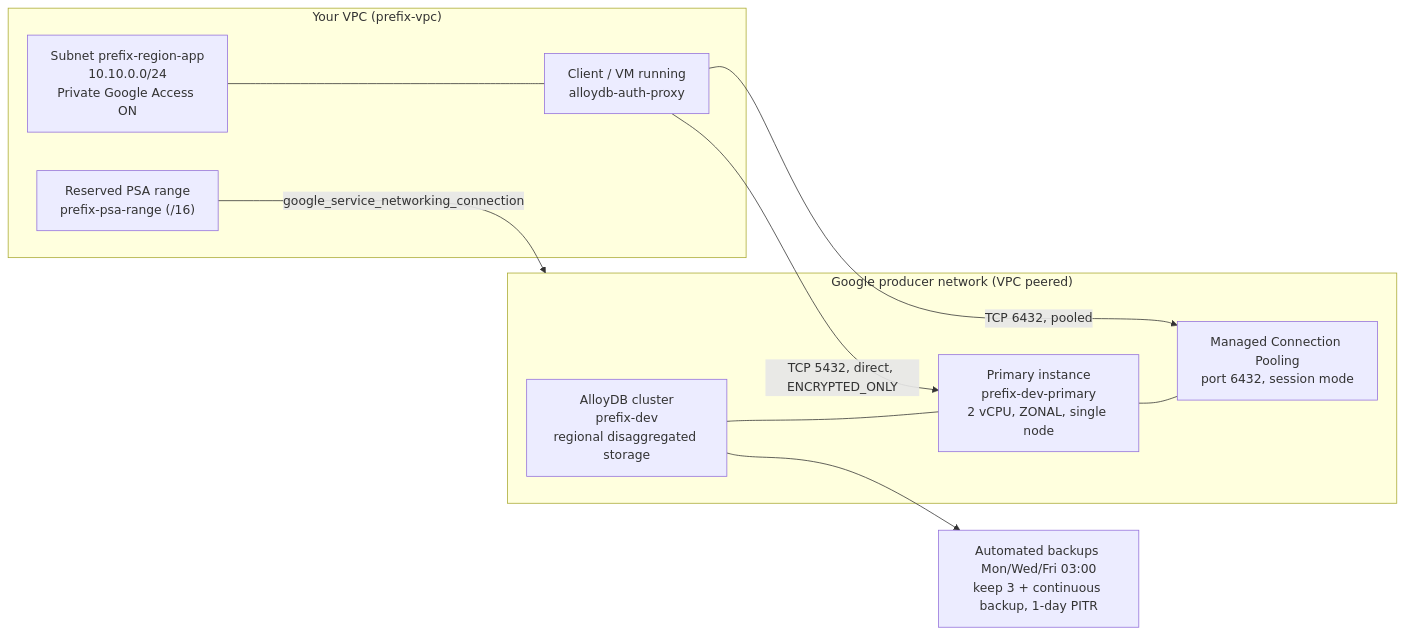
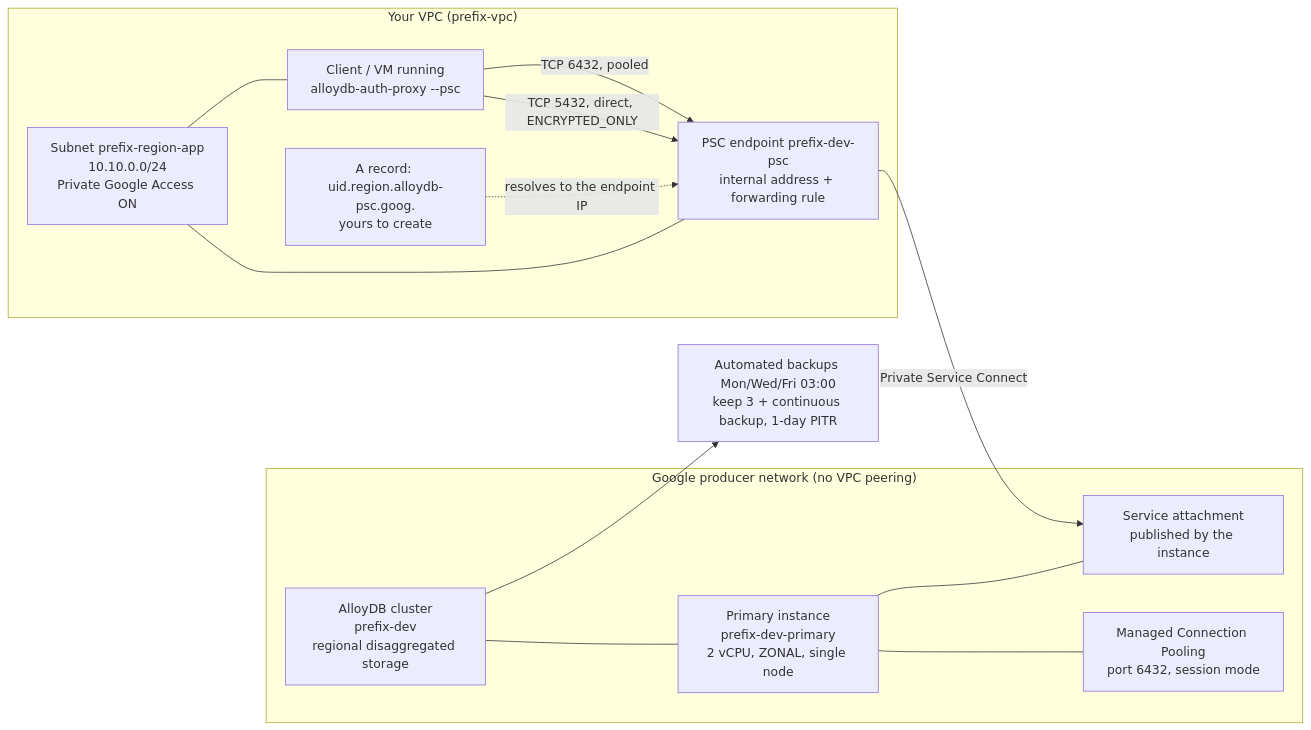
Before and after one commit to kkmbryan/alloydb-sharing-workshop: the diagram in terraform/examples/01-dev-minimal/README.md, drawn with Mermaid. The commit also changed other lines of this file and 36 other files, not shown here.

First line of the commit message:
Standardise all Terraform examples and documentation on Private Service Connect

````diff
--- a/terraform/examples/01-dev-minimal/README.md
+++ b/terraform/examples/01-dev-minimal/README.md
@@ -49,24 +61,29 @@
 ```mermaid
 flowchart LR
   subgraph consumer["Your VPC (prefix-vpc)"]
     subnet["Subnet prefix-region-app<br/>10.10.0.0/24<br/>Private Google Access ON"]
-    client["Client / VM running<br/>alloydb-auth-proxy"]
-    psarange["Reserved PSA range<br/>prefix-psa-range (/16)"]
+    client["Client / VM running<br/>alloydb-auth-proxy --psc"]
+    endpoint["PSC endpoint prefix-dev-psc<br/>internal address + forwarding rule"]
+    dns["A record: uid.region.alloydb-psc.goog.<br/>yours to create"]
     subnet --- client
+    subnet --- endpoint
+    dns -.->|"resolves to the endpoint IP"| endpoint
   end
 
-  subgraph producer["Google producer network (VPC peered)"]
+  subgraph producer["Google producer network (no VPC peering)"]
+    attachment["Service attachment<br/>published by the instance"]
     cluster["AlloyDB cluster<br/>prefix-dev<br/>regional disaggregated storage"]
     primary["Primary instance<br/>prefix-dev-primary<br/>2 vCPU, ZONAL, single node"]
     pooler["Managed Connection Pooling<br/>port 6432, session mode"]
     cluster --- primary
+    primary --- attachment
     primary --- pooler
   end
 
-  psarange -->|"google_service_networking_connection"| producer
-  client -->|"TCP 5432, direct, ENCRYPTED_ONLY"| primary
-  client -->|"TCP 6432, pooled"| pooler
+  endpoint -->|"Private Service Connect"| attachment
+  client -->|"TCP 5432, direct, ENCRYPTED_ONLY"| endpoint
+  client -->|"TCP 6432, pooled"| endpoint
 
   backup["Automated backups Mon/Wed/Fri 03:00<br/>keep 3 + continuous backup, 1-day PITR"]
   cluster --> backup
 ```
````
